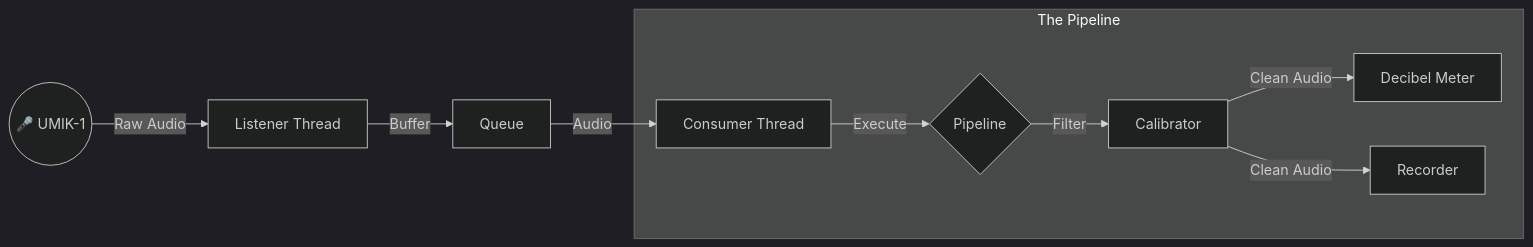
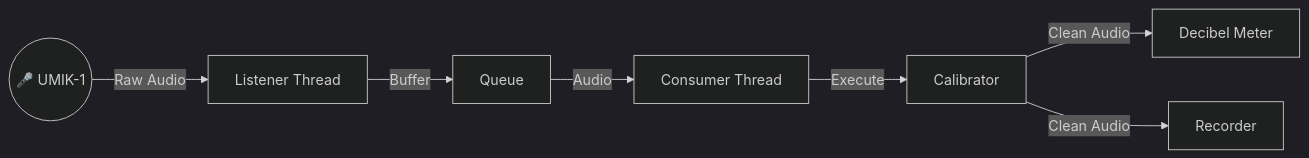
Before and after one commit to danielfcollier/py-umik-base-app: the diagram in README.md, drawn with Mermaid (dark theme). The commit also changed other lines of this file, not shown here.

````diff
--- a/README.md
+++ b/README.md
@@ -83,13 +74,10 @@
 ```mermaid
 graph LR
     Mic((🎤 UMIK-1)) -->|Raw Audio| Producer[Listener Thread]
     Producer -->|Buffer| Queue[Queue]
     Queue -->|Audio| Consumer[Consumer Thread]
     
-    subgraph "The Pipeline"
-        Consumer -->|Execute| Pipe{Pipeline}
-        Pipe -->|Filter| Calibrator[Calibrator]
-        Calibrator -->|Clean Audio| Meter[Decibel Meter]
-        Calibrator -->|Clean Audio| Recorder[Recorder]
-    end
+    Consumer -->|Execute| Calibrator[Calibrator]
+    Calibrator -->|Clean Audio| Meter[Decibel Meter]
+    Calibrator -->|Clean Audio| Recorder[Recorder]
 ```
````
